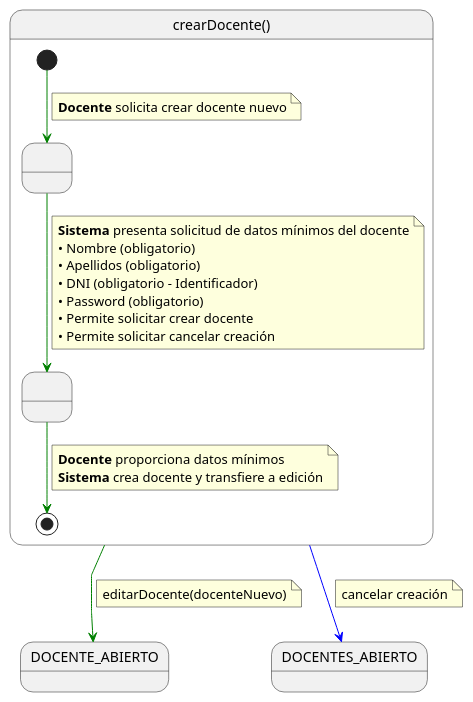
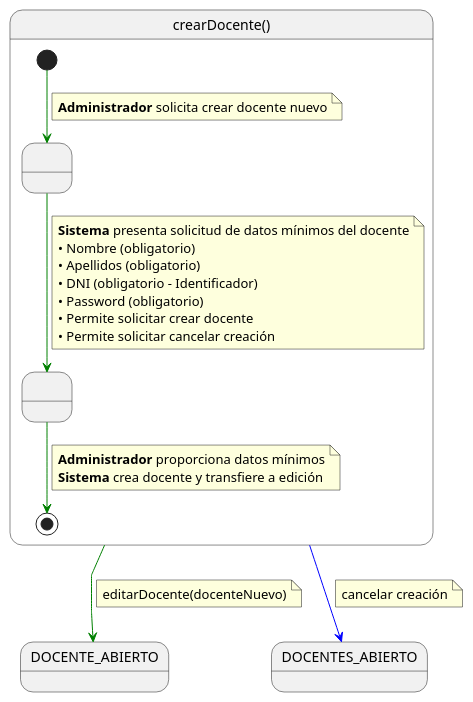
One commit to martinlopez7/25-26-IdSw1-SdR changed the diagram in documents/casos-de-uso/detalladoCasosDeUso/crearDocente/crearDocente.puml. Above: the diagram before and after it, drawn with PlantUML. The commit also changed 1 other file, not shown here.

Commit message:
fix(cu): cambio del actor en el caso de uso de crearDocente [refs #55]

```diff
--- a/documents/casos-de-uso/detalladoCasosDeUso/crearDocente/crearDocente.puml
+++ b/documents/casos-de-uso/detalladoCasosDeUso/crearDocente/crearDocente.puml
@@ -1,41 +1,41 @@
 @startuml
 skinparam linetype polyline
 
 state crearDocente as "crearDocente()" {
 
     state " " as SolicitandoDatos
     state " " as CreandoDocente
 
     [*] -[#green]-> SolicitandoDatos 
     note on link
-    <b>Docente</b> solicita crear docente nuevo
+    <b>Administrador</b> solicita crear docente nuevo
     end note    
     
     SolicitandoDatos -[#green]-> CreandoDocente
     note on link
     <b>Sistema</b> presenta solicitud de datos mínimos del docente
     • Nombre (obligatorio)
     • Apellidos (obligatorio)
     • DNI (obligatorio - Identificador)
     • Password (obligatorio)
     • Permite solicitar crear docente
     • Permite solicitar cancelar creación
     end note
     
     CreandoDocente -[#green]-> [*]
     note on link
-    <b>Docente</b> proporciona datos mínimos
+    <b>Administrador</b> proporciona datos mínimos
     <b>Sistema</b> crea docente y transfiere a edición
     end note
 }
 
 crearDocente -[#green]-> DOCENTE_ABIERTO
 note on link
 editarDocente(docenteNuevo)
 end note
 
 crearDocente -[#blue]-> DOCENTES_ABIERTO
 note on link
 cancelar creación
 end note
 @enduml
```
